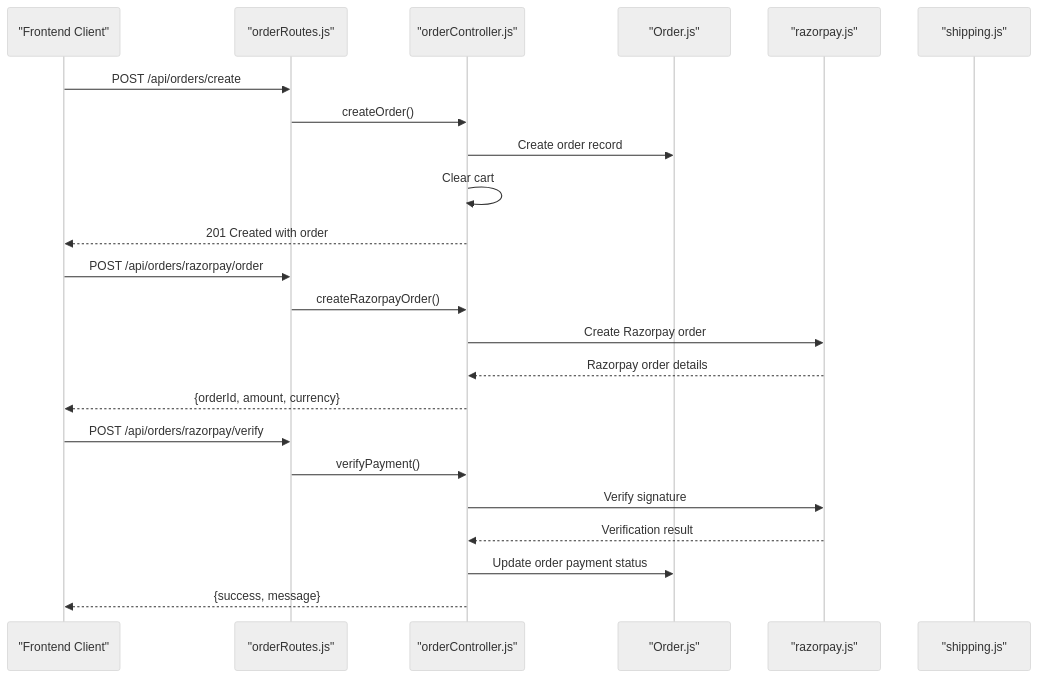
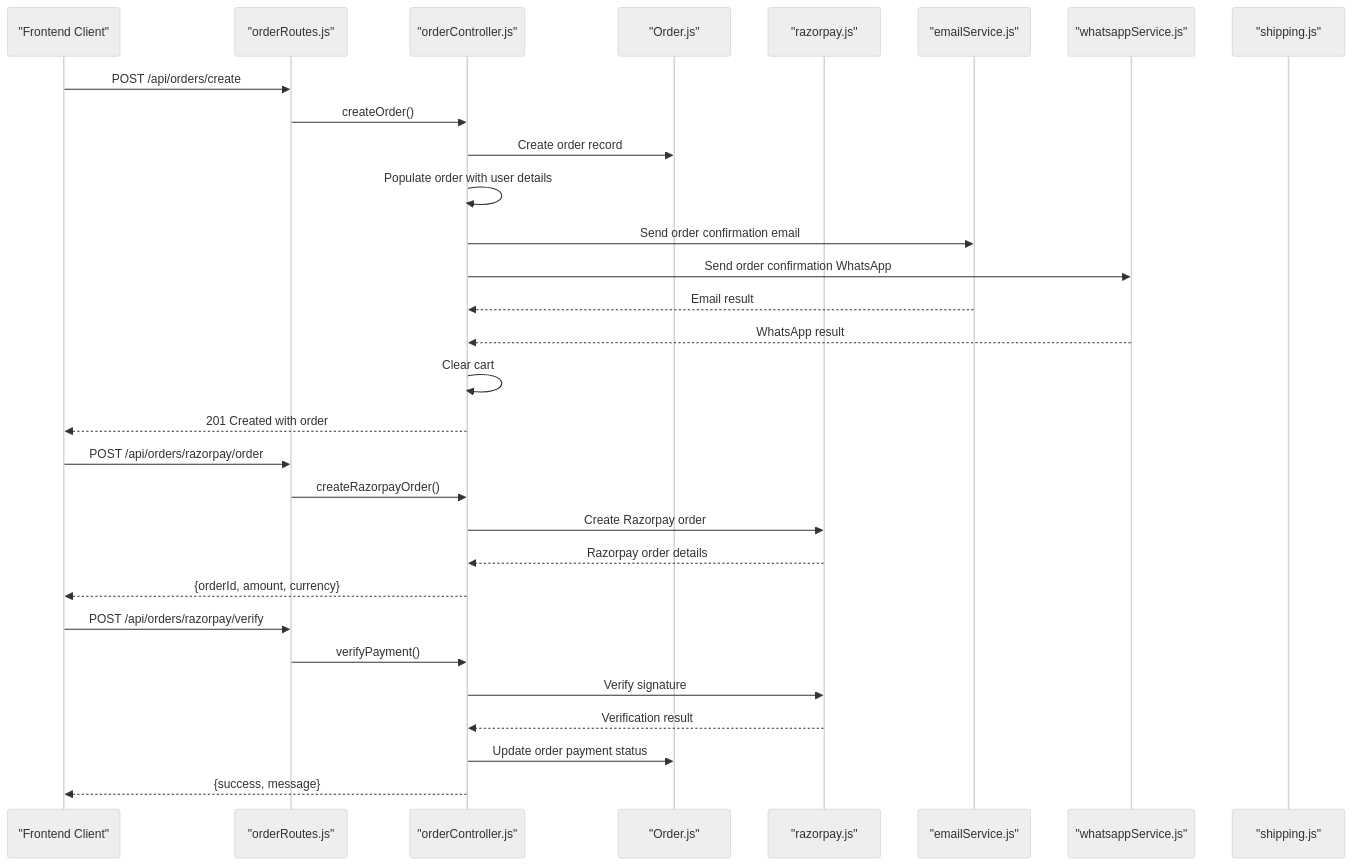
The second of 5 diagrams in .qoder/repowiki/en/content/Backend API Documentation/Order Processing API.md (Pavan-PSPK9032/TrendsandToss), drawn with Mermaid (neutral theme) before and after one commit. The commit also changed other lines of this file and 16 other files, not shown here.

````diff
--- a/.qoder/repowiki/en/content/Backend API Documentation/Order Processing API.md
+++ b/.qoder/repowiki/en/content/Backend API Documentation/Order Processing API.md
@@ -85,25 +104,32 @@
 ```mermaid
 sequenceDiagram
 participant Client as "Frontend Client"
 participant Routes as "orderRoutes.js"
 participant Ctrl as "orderController.js"
 participant Model as "Order.js"
 participant Razorpay as "razorpay.js"
+participant Email as "emailService.js"
+participant WA as "whatsappService.js"
 participant Shipping as "shipping.js"
 Client->>Routes : POST /api/orders/create
 Routes->>Ctrl : createOrder()
 Ctrl->>Model : Create order record
+Ctrl->>Ctrl : Populate order with user details
+Ctrl->>Email : Send order confirmation email
+Ctrl->>WA : Send order confirmation WhatsApp
+Email-->>Ctrl : Email result
+WA-->>Ctrl : WhatsApp result
 Ctrl->>Ctrl : Clear cart
 Ctrl-->>Client : 201 Created with order
 Client->>Routes : POST /api/orders/razorpay/order
 Routes->>Ctrl : createRazorpayOrder()
 Ctrl->>Razorpay : Create Razorpay order
 Razorpay-->>Ctrl : Razorpay order details
 Ctrl-->>Client : {orderId, amount, currency}
 Client->>Routes : POST /api/orders/razorpay/verify
 Routes->>Ctrl : verifyPayment()
 Ctrl->>Razorpay : Verify signature
 Razorpay-->>Ctrl : Verification result
 Ctrl->>Model : Update order payment status
 Ctrl-->>Client : {success, message}
 ```
````
